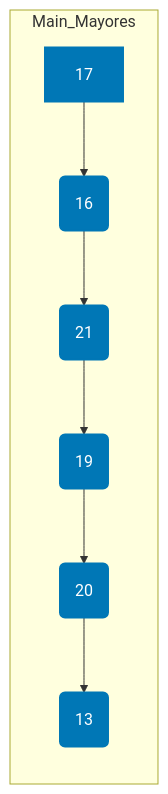
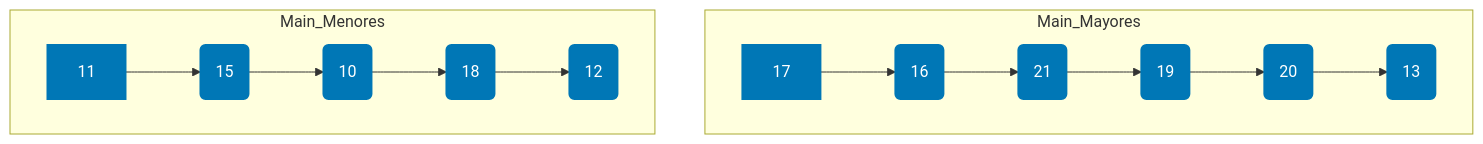
One commit to luismiguelcasadodiaz/CPP_09 changed the eighth of 8 diagrams in ford.md. Above: the diagram before and after it, drawn with Mermaid.

Commit message:
Change graph direction from LR to TD in ford.md

````diff
--- a/ford.md
+++ b/ford.md
@@ -162,13 +162,23 @@
 ```mermaid
-graph LR
+graph TD
     subgraph Main_Mayores
         MM1[17] --> MM2(16)
         MM2 --> MM3(21)
         MM3 --> MM4(19)
         MM4 --> MM5(20)
         MM5 --> MM6(13)
     end
     
     classDef mainStyle fill:#0077b6,stroke:#0077b6,stroke-width:2px,color:white
     class MM1,MM2,MM3,MM4,MM5,MM6 mainStyle
+
+    subgraph Main_Menores
+        MN1[11] --> MN2(15)
+        MN2 --> MN3(10)
+        MN3 --> MN4(18)
+        MN4 --> MN5(12)
+    end
+    
+    classDef mainStyle fill:#0077b6,stroke:#0077b6,stroke-width:2px,color:white
+    class MN1,MN2,MN3,MN4,MN5 mainStyle
 ```
````
